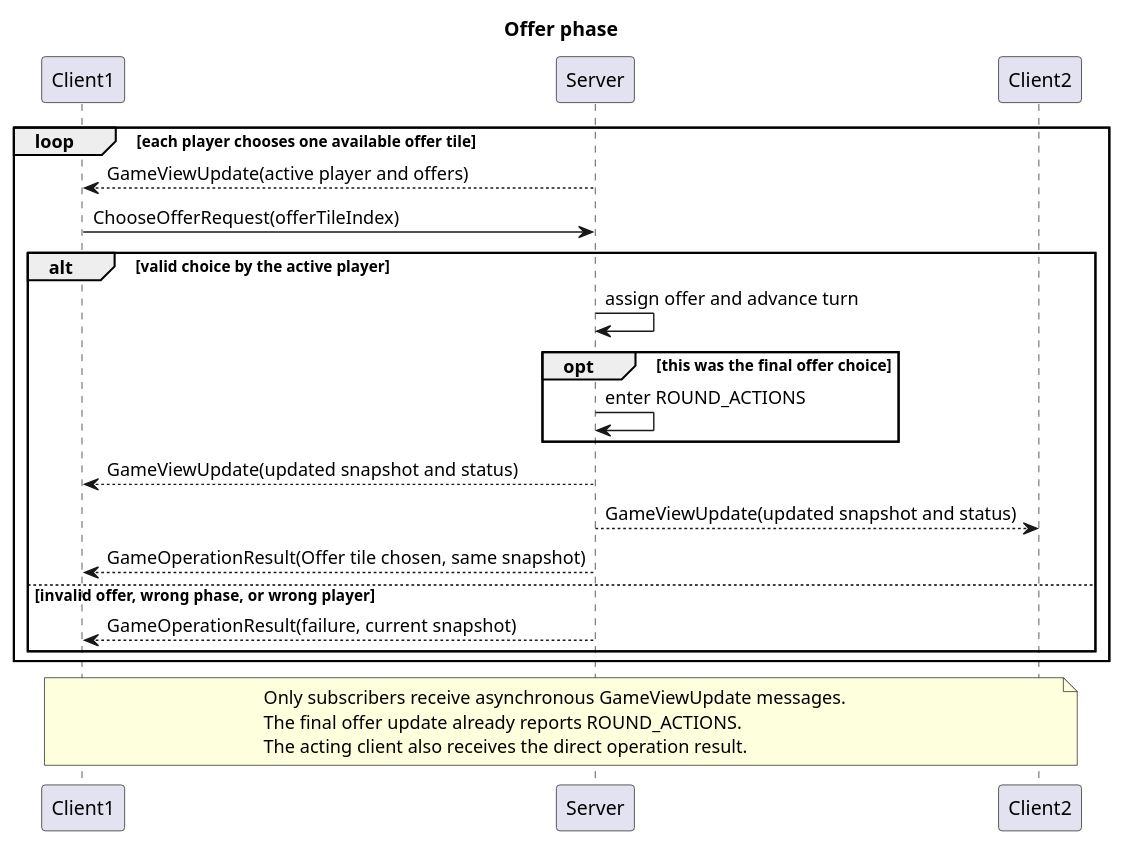
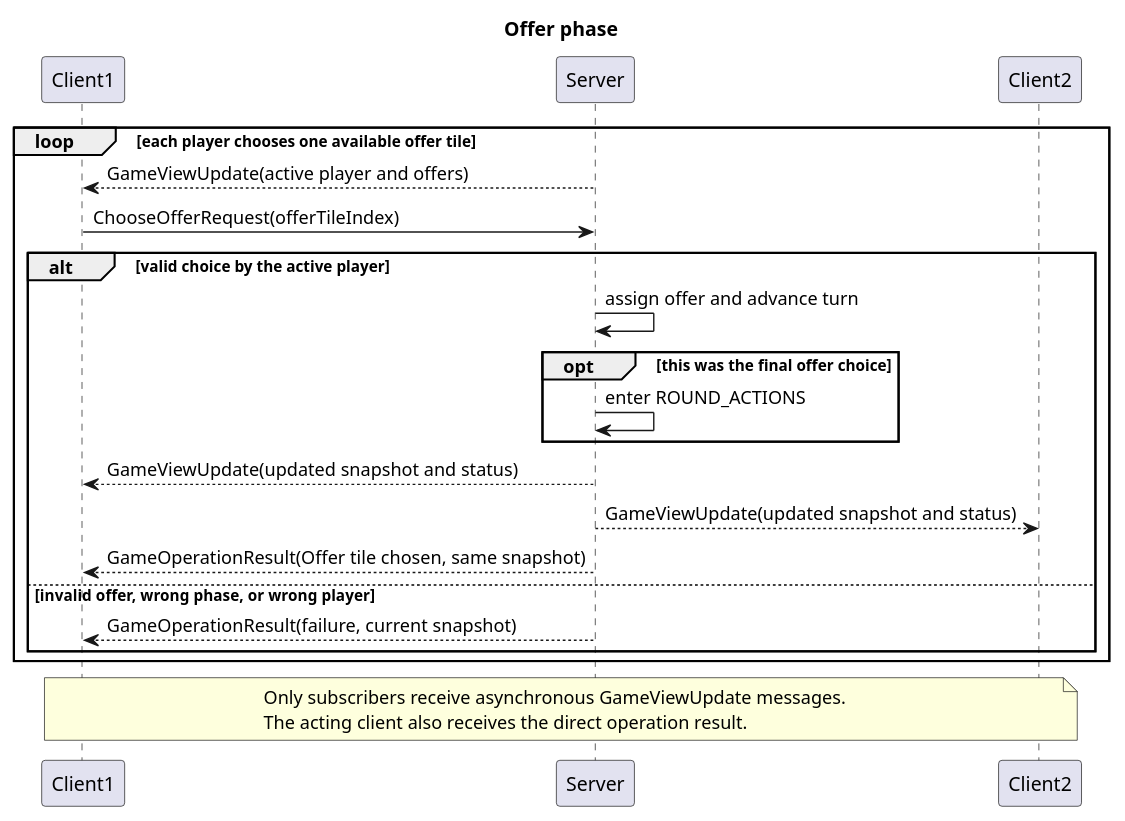
The diagram in UML_Diagram/SequenceDiagrams/05-offer-phase.puml (matteoroda05/Mesos), drawn with PlantUML before and after one commit. The commit also changed 3 other files, not shown here.

Commit message:
Sequence diagrams updated

```diff
--- a/UML_Diagram/SequenceDiagrams/05-offer-phase.puml
+++ b/UML_Diagram/SequenceDiagrams/05-offer-phase.puml
@@ -1,32 +1,31 @@
 @startuml
 
 title Offer phase
 
 participant Client1
 participant Server
 participant Client2
 
 loop each player chooses one available offer tile
 Server-->Client1: GameViewUpdate(active player and offers)
 Client1->Server: ChooseOfferRequest(offerTileIndex)
 
 alt valid choice by the active player
 Server->Server: assign offer and advance turn
 opt this was the final offer choice
 Server->Server: enter ROUND_ACTIONS
 end
 Server-->Client1: GameViewUpdate(updated snapshot and status)
 Server-->Client2: GameViewUpdate(updated snapshot and status)
 Server-->Client1: GameOperationResult(Offer tile chosen, same snapshot)
 else invalid offer, wrong phase, or wrong player
 Server-->Client1: GameOperationResult(failure, current snapshot)
 end
 end
 
 note over Client1, Client2
 Only subscribers receive asynchronous GameViewUpdate messages.
-The final offer update already reports ROUND_ACTIONS.
 The acting client also receives the direct operation result.
 end note
 
 @enduml
```
